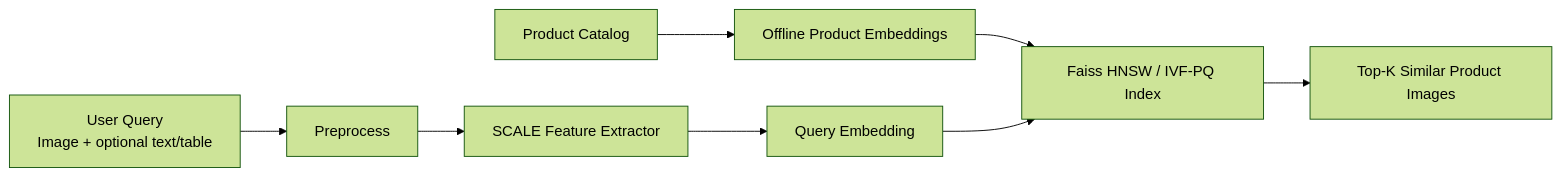
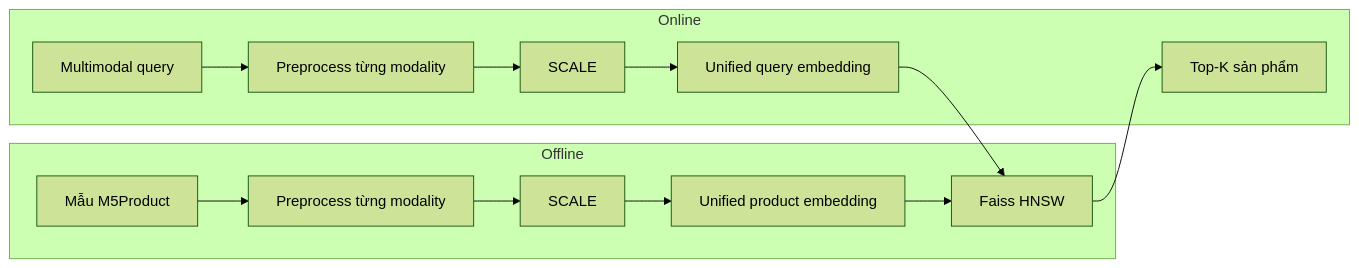
One commit to Computer-Vision-HCMUS/Product-Ecommerce-Image-Retrieval changed the diagram in docs/proposal/01_Background.md. Above: the diagram before and after it, drawn with Mermaid (forest theme). The commit also changed other lines of this file and 88 other files, not shown here.

````diff
--- a/docs/proposal/01_Background.md
+++ b/docs/proposal/01_Background.md
@@ -38,10 +36,16 @@
 ```mermaid
 flowchart LR
-    Q["User Query<br/>Image + optional text/table"] --> P["Preprocess"]
-    P --> E["SCALE Feature Extractor"]
-    E --> V["Query Embedding"]
-    C["Product Catalog"] --> CE["Offline Product Embeddings"]
-    CE --> I["Faiss HNSW / IVF-PQ Index"]
-    V --> I
-    I --> R["Top-K Similar Product Images"]
+    subgraph Offline["Offline"]
+        D["Mẫu M5Product"] --> PP["Preprocess từng modality"]
+        PP --> S1["SCALE"]
+        S1 --> PE["Unified product embedding"]
+        PE --> F["Faiss HNSW"]
+    end
+    subgraph Online["Online"]
+        Q["Multimodal query"] --> QP["Preprocess từng modality"]
+        QP --> S2["SCALE"]
+        S2 --> QE["Unified query embedding"]
+        QE --> F
+        F --> R["Top-K sản phẩm"]
+    end
 ```
````
